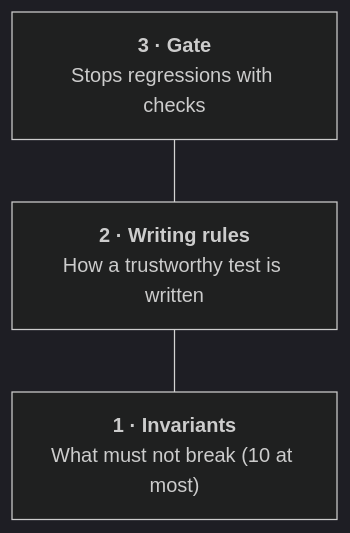
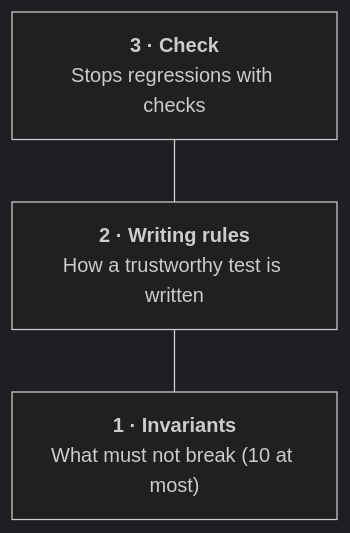
The diagram in docs/model.md (rerorets/hadome), drawn with Mermaid (dark theme) before and after one commit. The commit also changed other lines of this file and 40 other files, not shown here.

````diff
--- a/docs/model.md
+++ b/docs/model.md
@@ -5,7 +5,7 @@
 ```mermaid
 flowchart TB
-  G["<b>3 · Gate</b><br/>Stops regressions with checks"]
+  G["<b>3 · Check</b><br/>Stops regressions with checks"]
   R["<b>2 · Writing rules</b><br/>How a trustworthy test is written"]
   I["<b>1 · Invariants</b><br/>What must not break (10 at most)"]
   G --- R --- I
 ```
````
